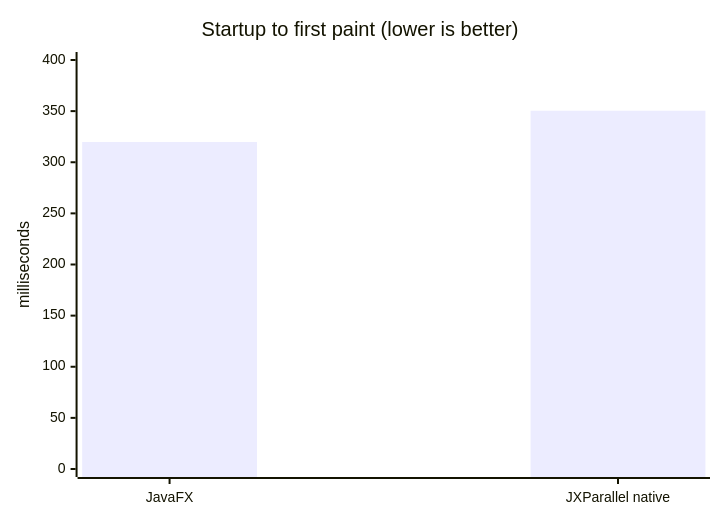
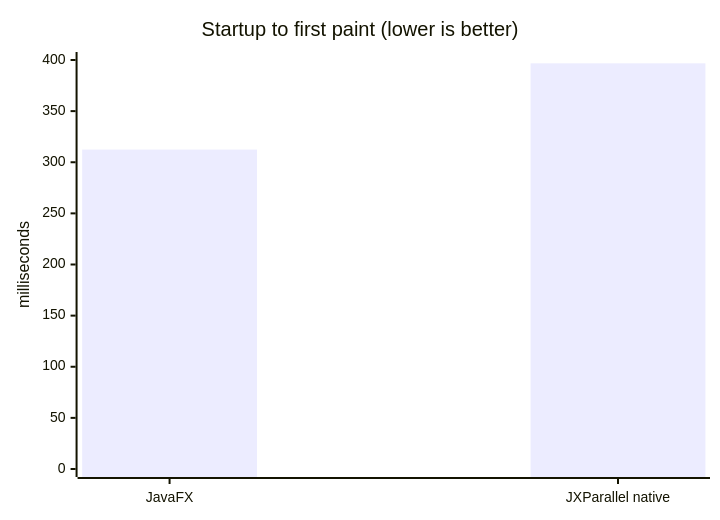
The first of 5 diagrams in README.md (Bacuriim/JXParallel), drawn with Mermaid before and after one commit. The commit also changed other lines of this file and 2 other files, not shown here.

````diff
--- a/README.md
+++ b/README.md
@@ -253,7 +253,7 @@
 ```mermaid
 xychart-beta
     title "Startup to first paint (lower is better)"
     x-axis ["JavaFX", "JXParallel native"]
     y-axis "milliseconds" 0 --> 400
-    bar [319.817, 350.394]
+    bar [312.404, 396.723]
 ```
````
